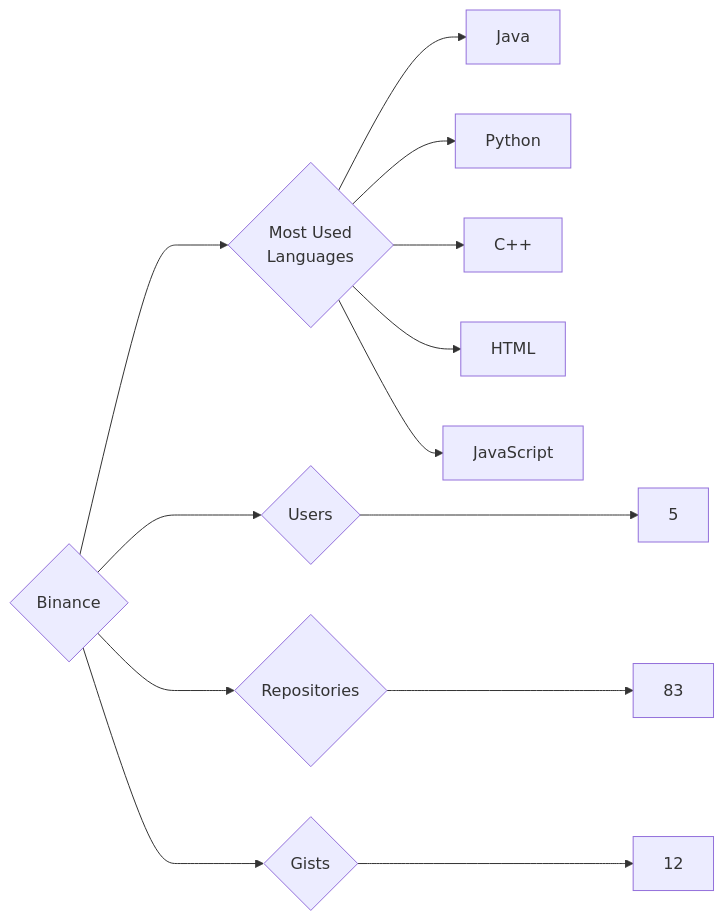
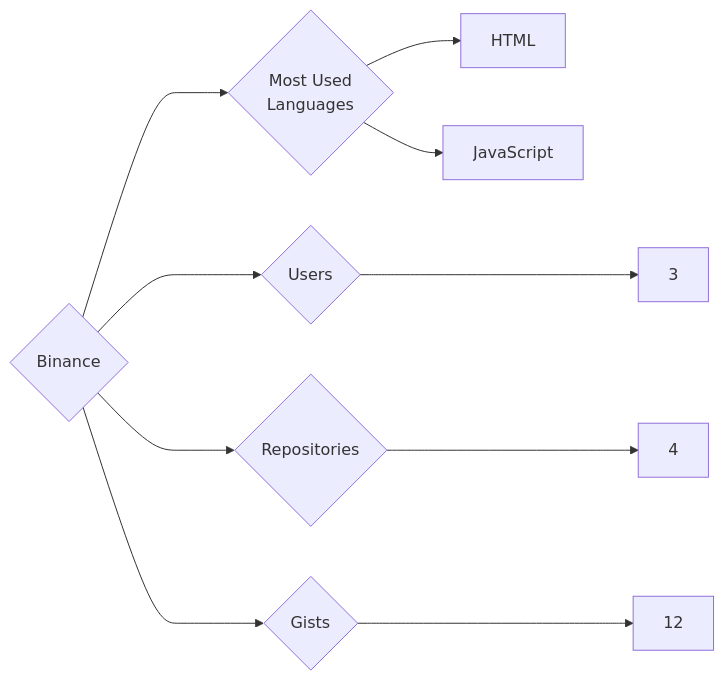
Before and after one commit to trickest/insiders: the diagram in targets/Binance/README.md, drawn with Mermaid. The commit also changed 693 other files, not shown here.

````diff
--- a/targets/Binance/README.md
+++ b/targets/Binance/README.md
@@ -3,13 +3,10 @@
 ```mermaid
 graph LR
 COMPANY_NAME{Binance}
-COMPANY_NAME ---> U{Users} ---> UN[5]
-COMPANY_NAME ---> R{Repositories} ---> RN[83]
+COMPANY_NAME ---> U{Users} ---> UN[3]
+COMPANY_NAME ---> R{Repositories} ---> RN[4]
 COMPANY_NAME ---> G{Gists} ---> GN[12]
 COMPANY_NAME ---> ML{Most Used<br>Languages}
-ML --> Java[Java]
-ML --> Python[Python]
-ML --> C++[C++]
 ML --> HTML[HTML]
 ML --> JavaScript[JavaScript]
 ```
````
